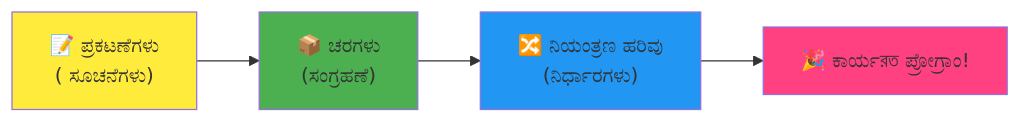
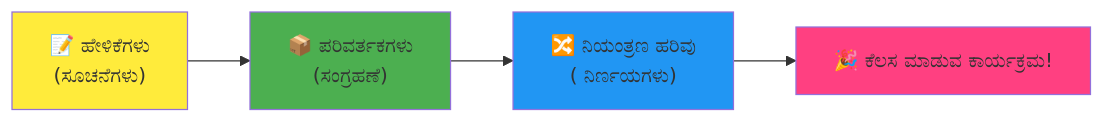
Before and after one commit to microsoft/Web-Dev-For-Beginners: the fourth of 7 diagrams in translations/kn/1-getting-started-lessons/1-intro-to-programming-languages/README.md, drawn with Mermaid. The commit also changed other lines of this file and 8 other files, not shown here.

````diff
--- a/translations/kn/1-getting-started-lessons/1-intro-to-programming-languages/README.md
+++ b/translations/kn/1-getting-started-lessons/1-intro-to-programming-languages/README.md
@@ -466,9 +466,9 @@
 ```mermaid
 flowchart LR
-    A["📝 ಪ್ರಕಟಣೆಗಳು<br/>( ಸೂಚನೆಗಳು)"] --> B["📦 ಚರಗಳು<br/>(ಸಂಗ್ರಹಣೆ)"] --> C["🔀 ನಿಯಂತ್ರಣ ಹರಿವು<br/>(ನಿರ್ಧಾರಗಳು)"] --> D["🎉 ಕಾರ್ಯরত ಪ್ರೋಗ್ರಾಂ!"]
+    A["📝 ಹೇಳಿಕೆಗಳು<br/>(ಸೂಚನೆಗಳು)"] --> B["📦 ಪರಿವರ್ತಕಗಳು<br/>(ಸಂಗ್ರಹಣೆ)"] --> C["🔀 ನಿಯಂತ್ರಣ ಹರಿವು<br/>( ನಿರ್ಣಯಗಳು)"] --> D["🎉 ಕೆಲಸ ಮಾಡುವ ಕಾರ್ಯಕ್ರಮ!"]
     
     style A fill:#ffeb3b
     style B fill:#4caf50
     style C fill:#2196f3
     style D fill:#ff4081
 ```  
````
